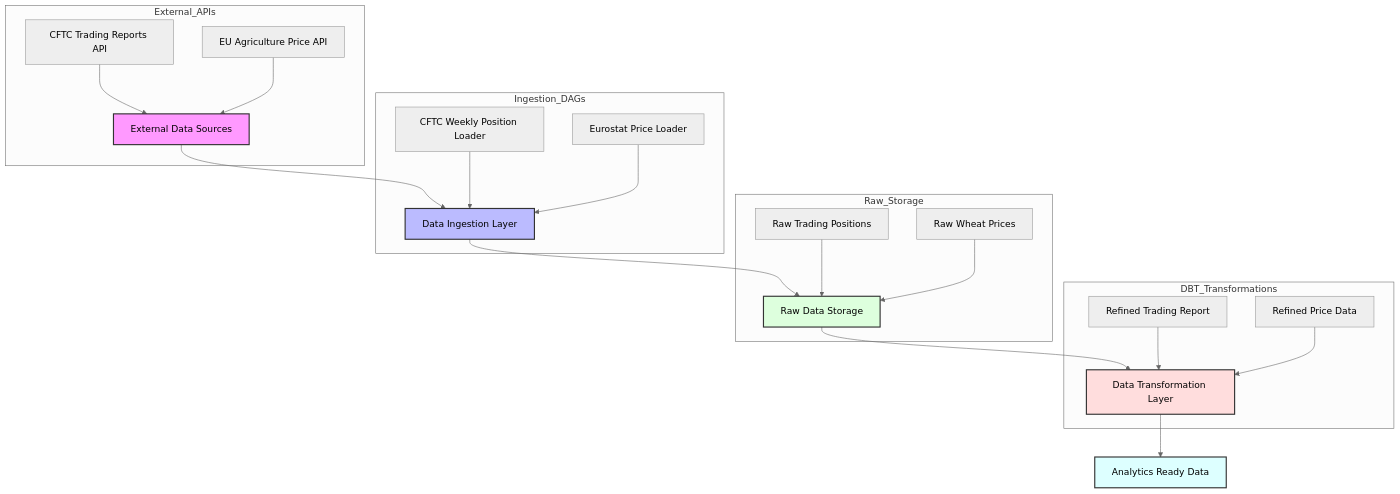
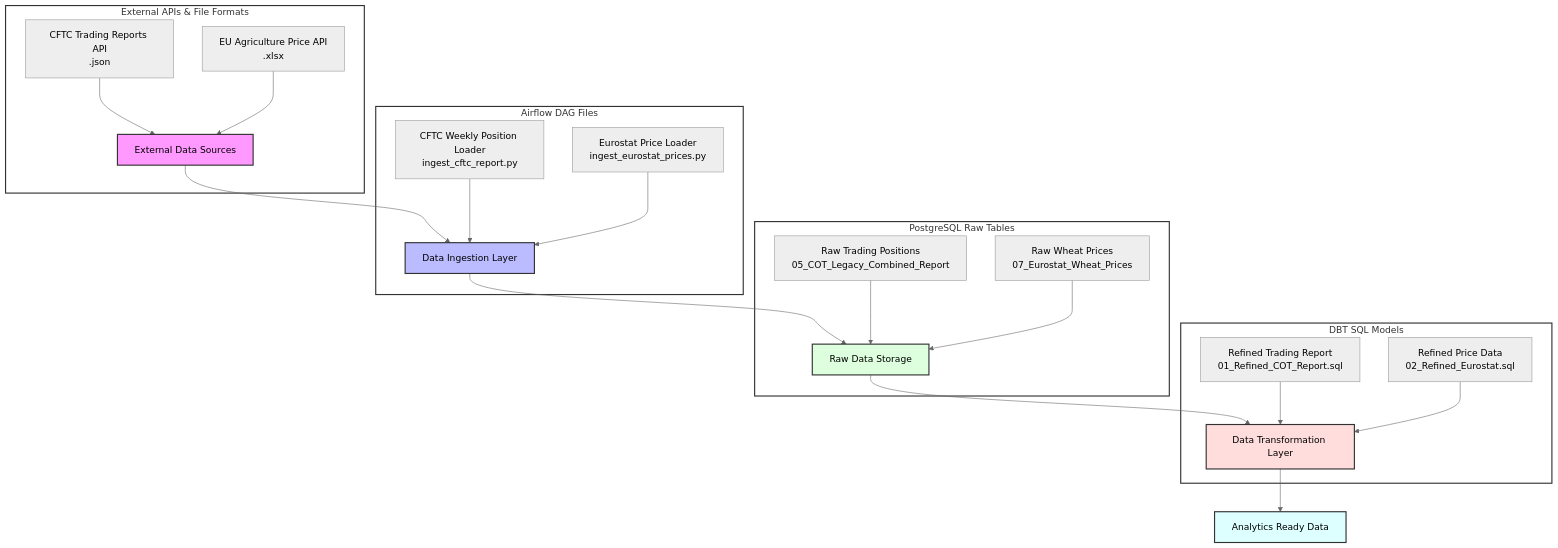
One commit to ShubhamDalvi1999/Data-Transformation-using-DBT changed the diagram in README.md. Above: the diagram before and after it, drawn with Mermaid (neutral theme).

Commit message:
readme-enhancement

````diff
--- a/README.md
+++ b/README.md
@@ -55,33 +55,36 @@
 ```mermaid
 graph TD
     A[External Data Sources] --> B[Data Ingestion Layer]
     B --> C[Raw Data Storage]
     C --> D[Data Transformation Layer]
     D --> E[Analytics Ready Data]
 
-    subgraph External_APIs
-        A1[CFTC Trading Reports API] --> A
-        A2[EU Agriculture Price API] --> A
+    subgraph External_APIs[External APIs & File Formats]
+        A1[CFTC Trading Reports API<br/>.json] --> A
+        A2[EU Agriculture Price API<br/>.xlsx] --> A
     end
 
-    subgraph Ingestion_DAGs
-        B1[CFTC Weekly Position Loader] --> B
-        B2[Eurostat Price Loader] --> B
+    subgraph Ingestion_DAGs[Airflow DAG Files]
+        B1[CFTC Weekly Position Loader<br/>ingest_cftc_report.py] --> B
+        B2[Eurostat Price Loader<br/>ingest_eurostat_prices.py] --> B
     end
 
-    subgraph Raw_Storage
-        C1[Raw Trading Positions] --> C
-        C2[Raw Wheat Prices] --> C
+    subgraph Raw_Storage[PostgreSQL Raw Tables]
+        C1[Raw Trading Positions<br/>05_COT_Legacy_Combined_Report] --> C
+        C2[Raw Wheat Prices<br/>07_Eurostat_Wheat_Prices] --> C
     end
 
-    subgraph DBT_Transformations
-        D1[Refined Trading Report] --> D
-        D2[Refined Price Data] --> D
+    subgraph DBT_Transformations[DBT SQL Models]
+        D1[Refined Trading Report<br/>01_Refined_COT_Report.sql] --> D
+        D2[Refined Price Data<br/>02_Refined_Eurostat.sql] --> D
     end
 
     style A fill:#f9f,stroke:#333,stroke-width:2px
     style B fill:#bbf,stroke:#333,stroke-width:2px
     style C fill:#dfd,stroke:#333,stroke-width:2px
     style D fill:#fdd,stroke:#333,stroke-width:2px
     style E fill:#dff,stroke:#333,stroke-width:2px
+
+    classDef subgraphStyle fill:#fff,stroke:#333,stroke-width:2px
+    class External_APIs,Ingestion_DAGs,Raw_Storage,DBT_Transformations subgraphStyle
 ```
````
